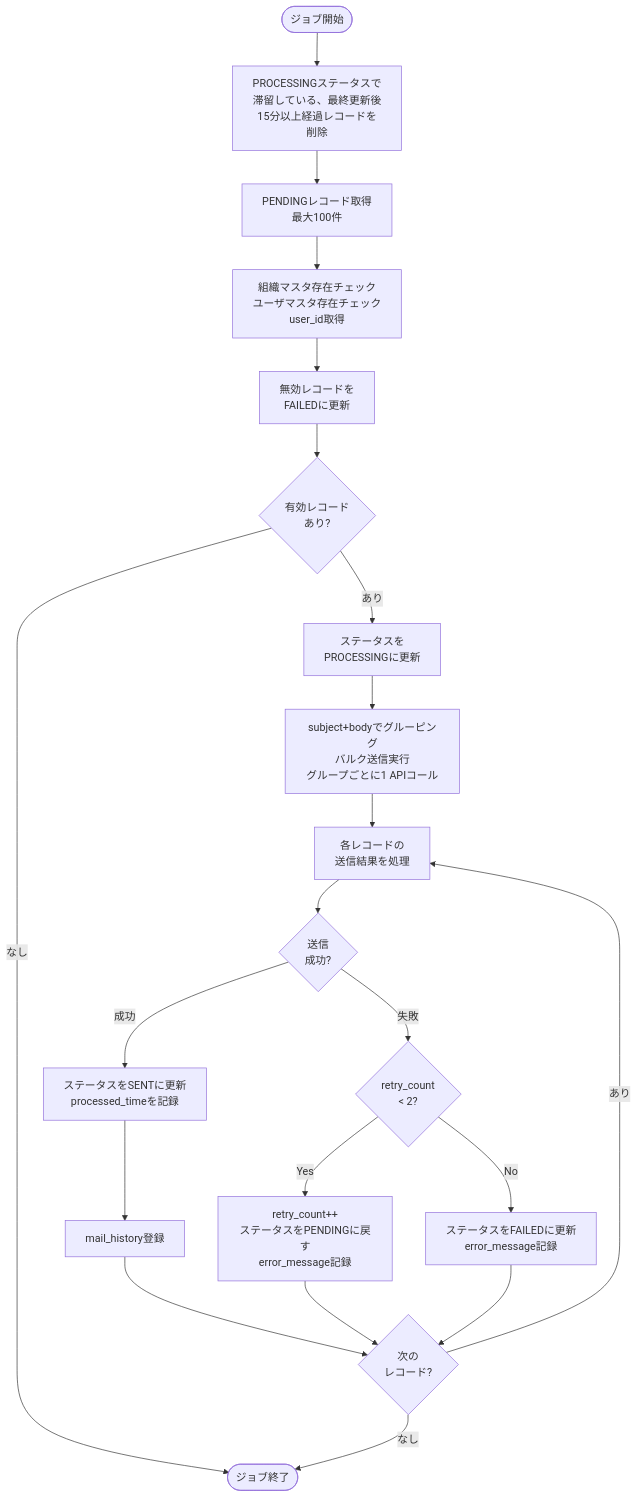
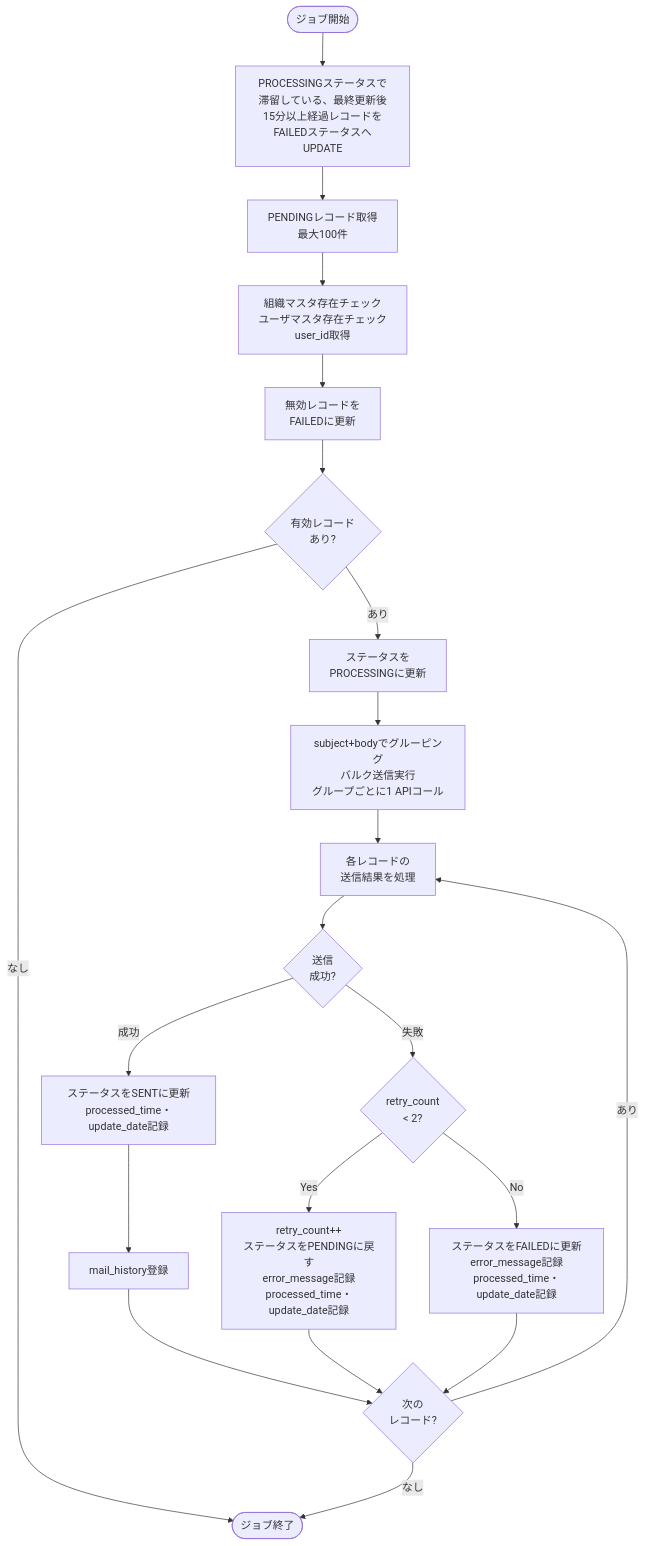
Before and after one commit to NSW-SVCP-AIWG002/Databricks-IoT: the diagram in docs/03-features/batch/scheduled-email-job/job-specification.md, drawn with Mermaid. The commit also changed other lines of this file and 5 other files, not shown here.

````diff
--- a/docs/03-features/batch/scheduled-email-job/job-specification.md
+++ b/docs/03-features/batch/scheduled-email-job/job-specification.md
@@ -59,28 +96,28 @@
 ```mermaid
 flowchart TD
-    Start([ジョブ開始]) --> DeleteRecord[PROCESSINGステータスで<br>滞留している、最終更新後<br>15分以上経過レコードを<br>削除]
+    Start([ジョブ開始]) --> DeleteRecord[PROCESSINGステータスで<br>滞留している、最終更新後<br>15分以上経過レコードを<br>FAILEDステータスへUPDATE]
     DeleteRecord --> Fetch[PENDINGレコード取得<br>最大100件]
     Fetch --> MasterCheck[組織マスタ存在チェック<br>ユーザマスタ存在チェック<br>user_id取得]
     MasterCheck --> InvalidFailed[無効レコードを<br>FAILEDに更新]
     InvalidFailed --> Check{有効レコード<br>あり?}
     Check -->|なし| End([ジョブ終了])
     Check -->|あり| UpdateProcessing[ステータスを<br>PROCESSINGに更新]
     UpdateProcessing --> BulkSend[subject+bodyでグルーピング<br>バルク送信実行<br>グループごとに1 APIコール]
     BulkSend --> Loop[各レコードの<br>送信結果を処理]
 
     Loop --> Result{送信<br>成功?}
 
-    Result -->|成功| UpdateSent[ステータスをSENTに更新<br>processed_timeを記録]
+    Result -->|成功| UpdateSent[ステータスをSENTに更新<br>processed_time・update_date記録]
     Result -->|失敗| CheckRetry{retry_count<br>< 2?}
 
-    CheckRetry -->|Yes| IncrementRetry[retry_count++<br>ステータスをPENDINGに戻す<br>error_message記録]
-    CheckRetry -->|No| UpdateFailed[ステータスをFAILEDに更新<br>error_message記録]
+    CheckRetry -->|Yes| IncrementRetry[retry_count++<br>ステータスをPENDINGに戻す<br>error_message記録<br>processed_time・update_date記録]
+    CheckRetry -->|No| UpdateFailed[ステータスをFAILEDに更新<br>error_message記録<br>processed_time・update_date記録]
 
     UpdateSent --> RecordHistory[mail_history登録]
     RecordHistory --> Next{次の<br>レコード?}
     IncrementRetry --> Next
     UpdateFailed --> Next
 
     Next -->|あり| Loop
     Next -->|なし| End
 ```
````
